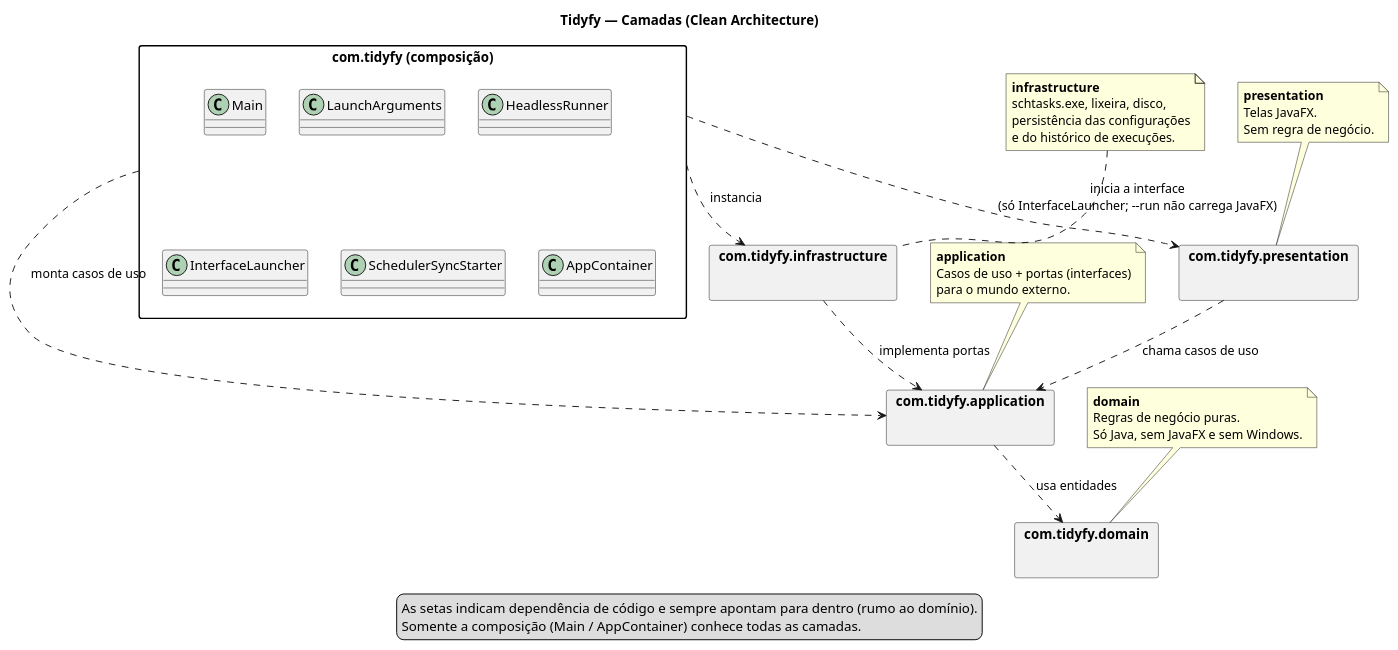
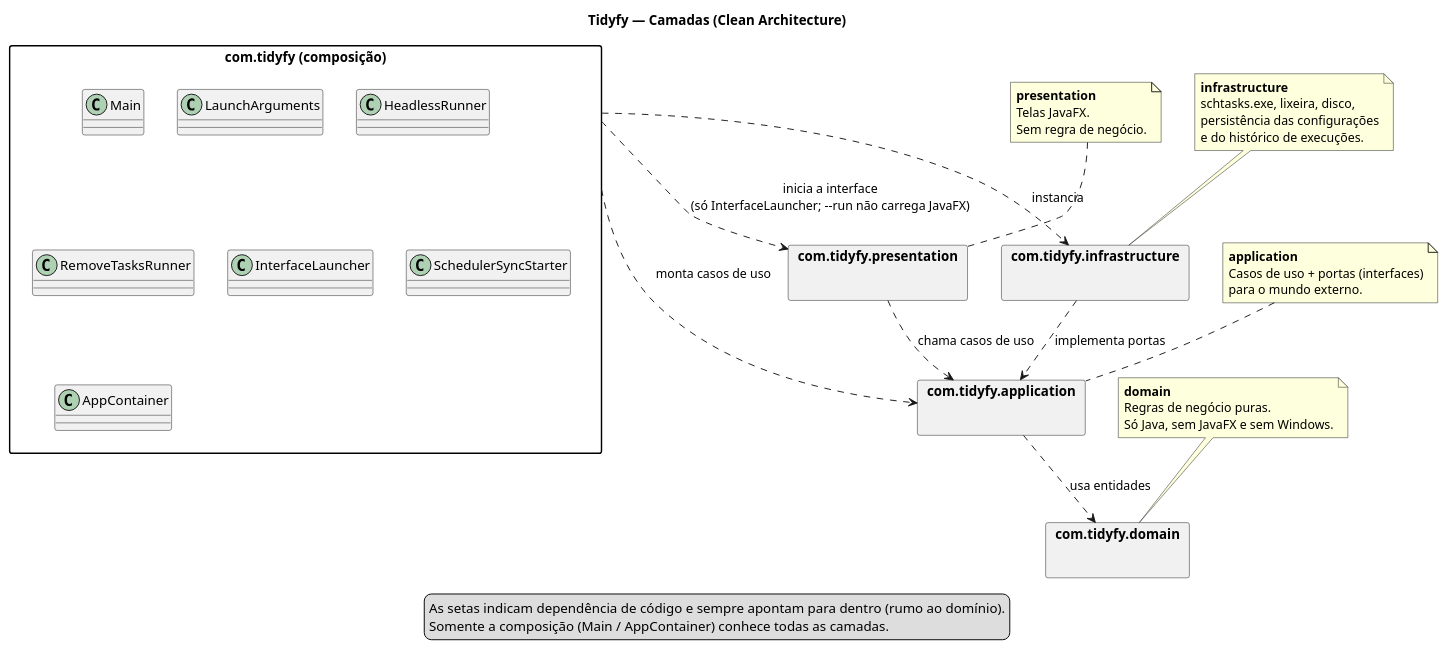
The diagram in docs/diagrams/01-layers.puml (VitorLopesV/tidyfy), drawn with PlantUML before and after one commit. The commit also changed 17 other files, not shown here.

```diff
--- a/docs/diagrams/01-layers.puml
+++ b/docs/diagrams/01-layers.puml
@@ -1,70 +1,71 @@
 @startuml layers
 title Tidyfy — Camadas (Clean Architecture)
 
 skinparam shadowing false
 skinparam packageStyle rectangle
 set namespaceSeparator none
 
 package "com.tidyfy (composição)" as bootstrap {
   class Main
   class LaunchArguments
   class HeadlessRunner
+  class RemoveTasksRunner
   class InterfaceLauncher
   class SchedulerSyncStarter
   class AppContainer
 }
 
 package "com.tidyfy.presentation" as presentation {
 }
 
 package "com.tidyfy.infrastructure" as infrastructure {
 }
 
 package "com.tidyfy.application" as application {
 }
 
 package "com.tidyfy.domain" as domain {
 }
 
 bootstrap ..> presentation : inicia a interface\n(só InterfaceLauncher; --run não carrega JavaFX)
 bootstrap ..> infrastructure : instancia
 bootstrap ..> application : monta casos de uso
 presentation ..> application : chama casos de uso
 infrastructure ..> application : implementa portas
 application ..> domain : usa entidades
 
 note as NDomain
   <b>domain</b>
   Regras de negócio puras.
   Só Java, sem JavaFX e sem Windows.
 end note
 NDomain .. domain
 
 note as NApplication
   <b>application</b>
   Casos de uso + portas (interfaces)
   para o mundo externo.
 end note
 NApplication .. application
 
 note as NInfrastructure
   <b>infrastructure</b>
   schtasks.exe, lixeira, disco,
   persistência das configurações
   e do histórico de execuções.
 end note
 NInfrastructure .. infrastructure
 
 note as NPresentation
   <b>presentation</b>
   Telas JavaFX.
   Sem regra de negócio.
 end note
 NPresentation .. presentation
 
 legend bottom
   As setas indicam dependência de código e sempre apontam para dentro (rumo ao domínio).
   Somente a composição (Main / AppContainer) conhece todas as camadas.
 endlegend
 
 @enduml
```
